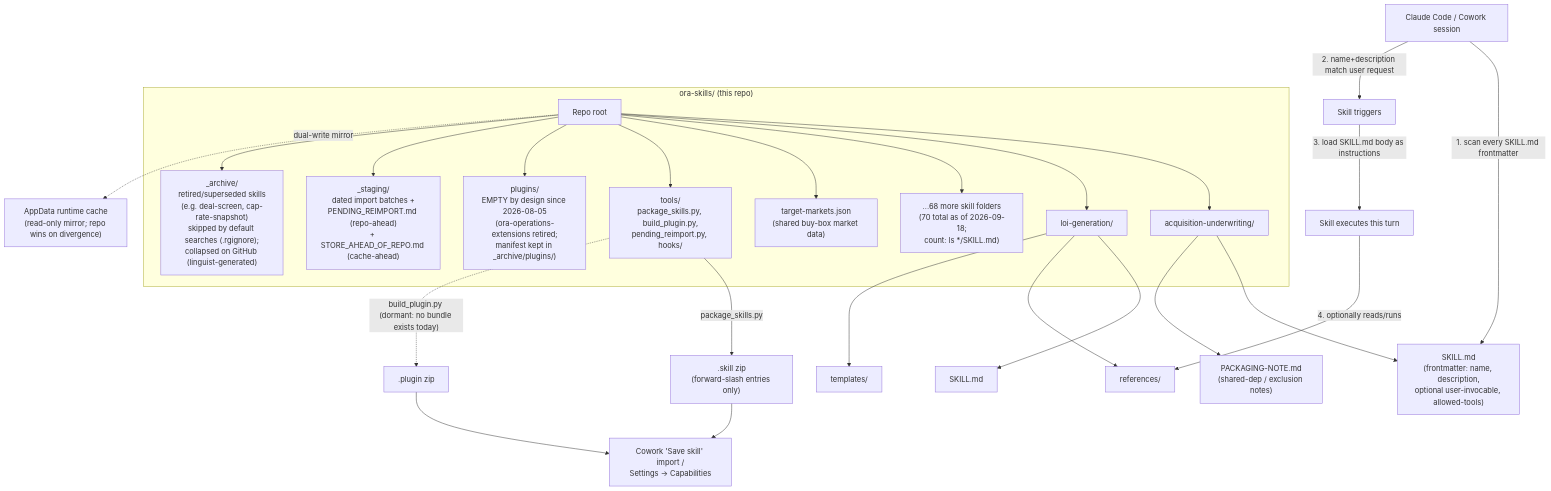
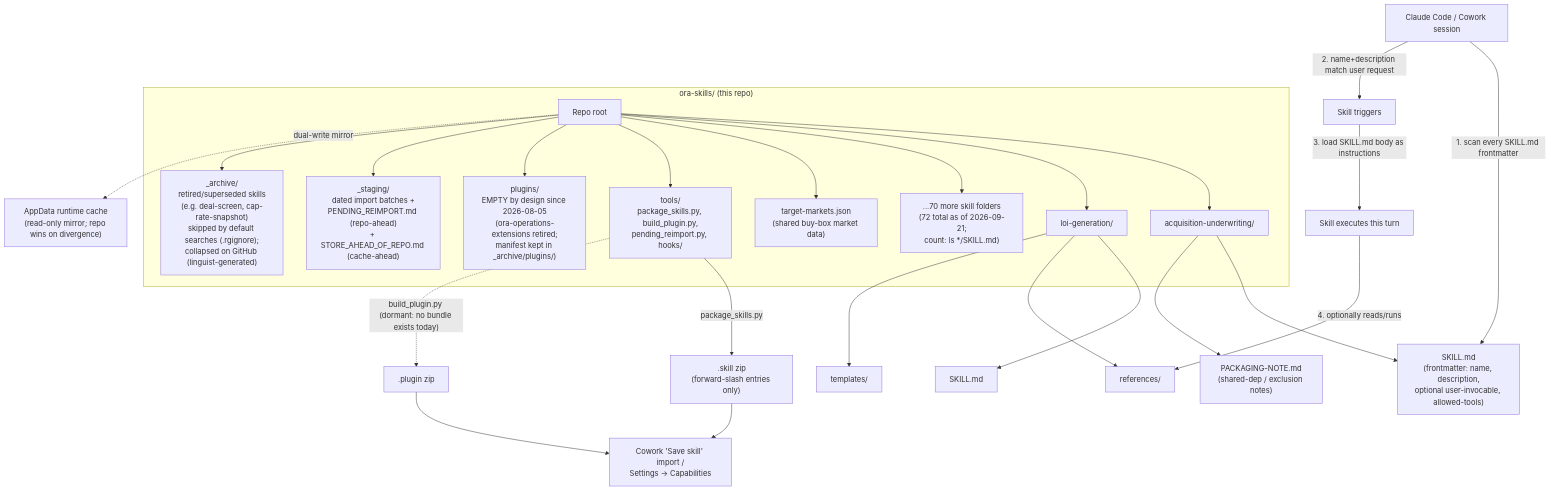
One commit to ZeOoba/ora-skills changed the diagram in README.md. Above: the diagram before and after it, drawn with Mermaid. The commit also changed other lines of this file, not shown here.

First line of the commit message:
docs(readme): list capital-bid-comparison and capital-asset-register; refresh the skill count

````diff
--- a/README.md
+++ b/README.md
@@ -30,40 +30,40 @@
 ```mermaid
 flowchart TD
     subgraph Repo["ora-skills/ (this repo)"]
         Root["Repo root"]
         S1["acquisition-underwriting/"]
         S2["loi-generation/"]
-        S3["...68 more skill folders\n(70 total as of 2026-09-18;\ncount: ls */SKILL.md)"]
+        S3["...70 more skill folders\n(72 total as of 2026-09-21;\ncount: ls */SKILL.md)"]
         Shared["target-markets.json\n(shared buy-box market data)"]
         Tools["tools/\npackage_skills.py, build_plugin.py,\npending_reimport.py, hooks/"]
         Plugins["plugins/\nEMPTY by design since 2026-08-05\n(ora-operations-extensions retired;\nmanifest kept in _archive/plugins/)"]
         Staging["_staging/\ndated import batches +\nPENDING_REIMPORT.md (repo-ahead)\n+ STORE_AHEAD_OF_REPO.md (cache-ahead)"]
         Archive["_archive/\nretired/superseded skills\n(e.g. deal-screen, cap-rate-snapshot)\nskipped by default searches (.rgignore);\ncollapsed on GitHub (linguist-generated)"]
     end
 
     Root --> S1
     Root --> S2
     Root --> S3
     Root --> Shared
     Root --> Tools
     Root --> Plugins
     Root --> Staging
     Root --> Archive
 
     S1 --> F1["SKILL.md\n(frontmatter: name, description,\noptional user-invocable, allowed-tools)"]
     S1 --> P1["PACKAGING-NOTE.md\n(shared-dep / exclusion notes)"]
     S2 --> F2["SKILL.md"]
     S2 --> R2["references/"]
     S2 --> T2["templates/"]
 
     Tools -- "package_skills.py <outdir>" --> Skillzip[".skill zip\n(forward-slash entries only)"]
     Tools -. "build_plugin.py <plugin>\n(dormant: no bundle exists today)" .-> Pluginzip[".plugin zip"]
     Skillzip --> Cowork["Cowork 'Save skill' import /\nSettings -> Capabilities"]
     Pluginzip --> Cowork
     Root -. "dual-write mirror" .-> AppData["AppData runtime cache\n(read-only mirror; repo wins on divergence)"]
 
     Session["Claude Code / Cowork session"] -- "1. scan every SKILL.md frontmatter" --> F1
     Session -- "2. name+description match user request" --> Trigger["Skill triggers"]
     Trigger -- "3. load SKILL.md body as instructions" --> Exec["Skill executes this turn"]
     Exec -- "4. optionally reads/runs" --> R2
 ```
````
